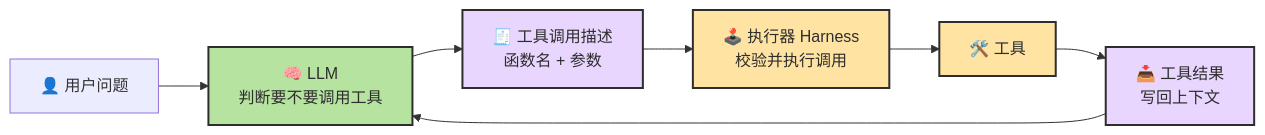
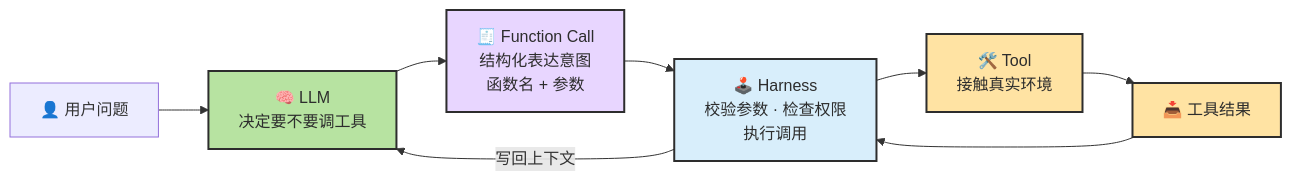
One commit to zht043/AgenticCodingTutorial changed the second of 8 diagrams in docs/chapters/ch12-tools.md. Above: the diagram before and after it, drawn with Mermaid. The commit also changed other lines of this file and 23 other files, not shown here.

````diff
--- a/docs/chapters/ch12-tools.md
+++ b/docs/chapters/ch12-tools.md
@@ -405,13 +55,15 @@
 ```mermaid
 flowchart LR
     classDef llm fill:#b7e3a1,stroke:#2d2d2d,stroke-width:2px,color:#2d2d2d
-    classDef invoke fill:#e8d6ff,stroke:#2d2d2d,stroke-width:2px,color:#2d2d2d
-    classDef exec fill:#ffe3a3,stroke:#2d2d2d,stroke-width:2px,color:#2d2d2d
+    classDef fc fill:#e8d6ff,stroke:#2d2d2d,stroke-width:2px,color:#2d2d2d
+    classDef harness fill:#d8eefb,stroke:#2d2d2d,stroke-width:2px,color:#2d2d2d
+    classDef tool fill:#ffe3a3,stroke:#2d2d2d,stroke-width:2px,color:#2d2d2d
 
-    U["👤 用户问题"] --> L["🧠 LLM<br/>判断要不要调用工具"]:::llm
-    L --> C["🧾 工具调用描述<br/>函数名 + 参数"]:::invoke
-    C --> H["🕹️ 执行器 Harness<br/>校验并执行调用"]:::exec
-    H --> T["🛠️ 工具"]:::exec
-    T --> R["📥 工具结果<br/>写回上下文"]:::invoke
-    R --> L
+    U["👤 用户问题"] --> L["🧠 LLM<br/>决定要不要调工具"]:::llm
+    L --> FC["🧾 Function Call<br/>结构化表达意图<br/>函数名 + 参数"]:::fc
+    FC --> H["🕹️ Harness<br/>校验参数 · 检查权限<br/>执行调用"]:::harness
+    H --> T["🛠️ Tool<br/>接触真实环境"]:::tool
+    T --> R["📥 工具结果"]:::tool
+    R --> H
+    H -->|"写回上下文"| L
 ```
````
